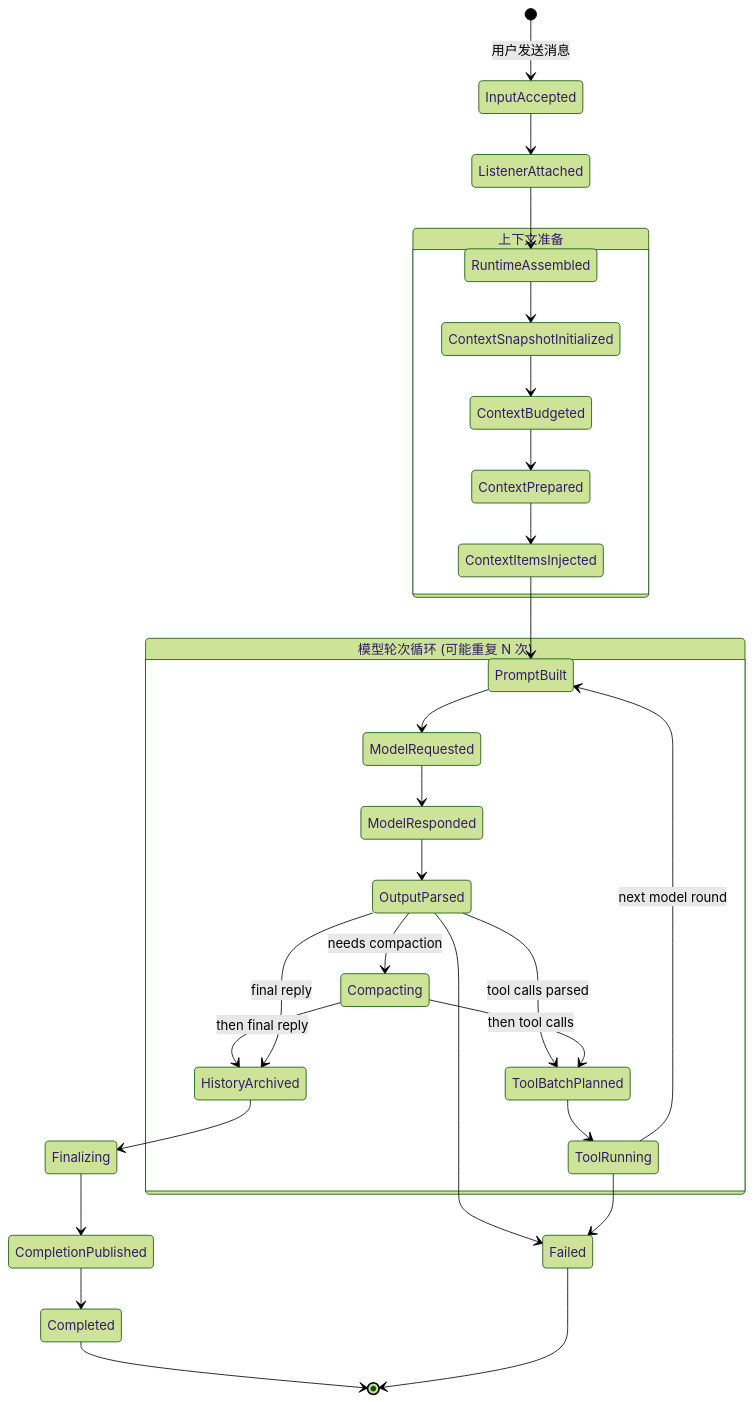
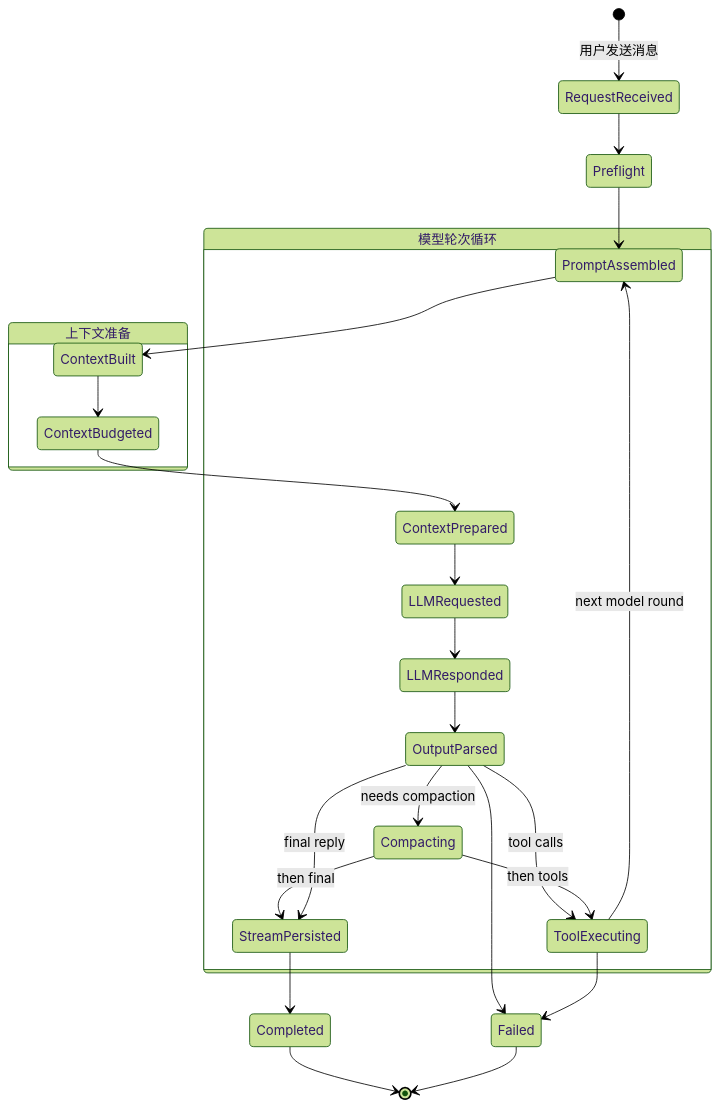
One commit to ylsdamxssjxxdd/wunder changed the second of 3 diagrams in docs/设计文档/02-智能体核心设计.md. Above: the diagram before and after it, drawn with Mermaid (forest theme). The commit also changed other lines of this file and 66 other files, not shown here.

````diff
--- a/docs/设计文档/02-智能体核心设计.md
+++ b/docs/设计文档/02-智能体核心设计.md
@@ -153,40 +122,34 @@
 ```mermaid
 stateDiagram-v2
-  [*] --> InputAccepted: 用户发送消息
-  InputAccepted --> ListenerAttached
-  ListenerAttached --> RuntimeAssembled
+  [*] --> RequestReceived: 用户发送消息
+  RequestReceived --> Preflight
+  Preflight --> PromptAssembled
 
   state "上下文准备" as ctx {
-    RuntimeAssembled --> ContextSnapshotInitialized
-    ContextSnapshotInitialized --> ContextBudgeted
+    PromptAssembled --> ContextBuilt
+    ContextBuilt --> ContextBudgeted
     ContextBudgeted --> ContextPrepared
-    ContextPrepared --> ContextItemsInjected
   }
 
-  ContextItemsInjected --> PromptBuilt
-
-  state "模型轮次循环 (可能重复 N 次)" as mr {
-    PromptBuilt --> ModelRequested
-    ModelRequested --> ModelResponded
-    ModelResponded --> OutputParsed
+  state "模型轮次循环" as mr {
+    ContextPrepared --> LLMRequested
+    LLMRequested --> LLMResponded
+    LLMResponded --> OutputParsed
 
     OutputParsed --> Compacting: needs compaction
-    OutputParsed --> ToolBatchPlanned: tool calls parsed
+    OutputParsed --> ToolExecuting: tool calls
 
-    Compacting --> ToolBatchPlanned: then tool calls
-    Compacting --> HistoryArchived: then final reply
+    Compacting --> ToolExecuting: then tools
+    Compacting --> StreamPersisted: then final
 
-    ToolBatchPlanned --> ToolRunning
-    ToolRunning --> PromptBuilt: next model round
+    ToolExecuting --> PromptAssembled: next model round
   }
 
-  OutputParsed --> HistoryArchived: final reply
-  HistoryArchived --> Finalizing
-  Finalizing --> CompletionPublished
-  CompletionPublished --> Completed
+  OutputParsed --> StreamPersisted: final reply
+  StreamPersisted --> Completed
   Completed --> [*]
 
   OutputParsed --> Failed
-  ToolRunning --> Failed
+  ToolExecuting --> Failed
   Failed --> [*]
 ```
````
